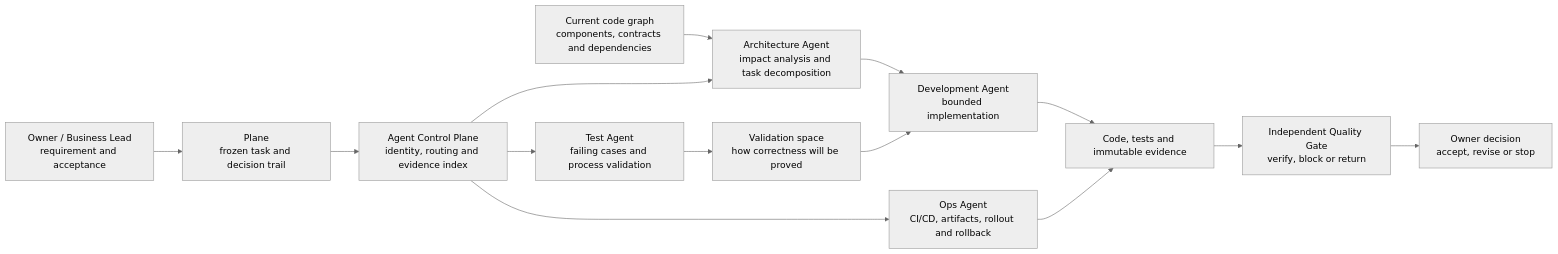
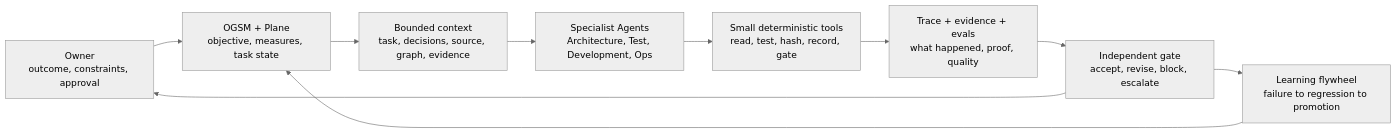
One commit to Derrickxxm/quantengine-public changed the diagram in README.md. Above: the diagram before and after it, drawn with Mermaid (neutral theme). The commit also changed other lines of this file and 31 other files, not shown here.

Commit message:
Refine evidence-controlled agent architecture

````diff
--- a/README.md
+++ b/README.md
@@ -16,18 +30,12 @@
 ```mermaid
 flowchart LR
-    Owner["Owner / Business Lead<br/>requirement and acceptance"] --> Plane["Plane<br/>frozen task and decision trail"]
-    Plane --> Control["Agent Control Plane<br/>identity, routing and evidence index"]
-
-    Graph["Current code graph<br/>components, contracts and dependencies"] --> Architect["Architecture Agent<br/>impact analysis and task decomposition"]
-    Control --> Architect
-    Control --> Test["Test Agent<br/>failing cases and process validation"]
-    Control --> Ops["Ops Agent<br/>CI/CD, artifacts, rollout and rollback"]
-
-    Architect --> Dev["Development Agent<br/>bounded implementation"]
-    Test --> Validation["Validation space<br/>how correctness will be proved"]
-    Validation --> Dev
-    Dev --> CI["Code, tests and immutable evidence"]
-    Ops --> CI
-    CI --> Quality["Independent Quality Gate<br/>verify, block or return"]
-    Quality --> Decision["Owner decision<br/>accept, revise or stop"]
+    Owner["Owner<br/>outcome, constraints, approval"] --> Goal["OGSM + Plane<br/>objective, measures, task state"]
+    Goal --> Context["Bounded context<br/>task, decisions, source, graph, evidence"]
+    Context --> Agents["Specialist Agents<br/>Architecture, Test, Development, Ops"]
+    Agents --> Tools["Small deterministic tools<br/>read, test, hash, record, gate"]
+    Tools --> Evidence["Trace + evidence + evals<br/>what happened, proof, quality"]
+    Evidence --> Gate["Independent gate<br/>accept, revise, block, escalate"]
+    Gate --> Owner
+    Gate --> Learn["Learning flywheel<br/>failure to regression to promotion"]
+    Learn --> Goal
 ```
````
